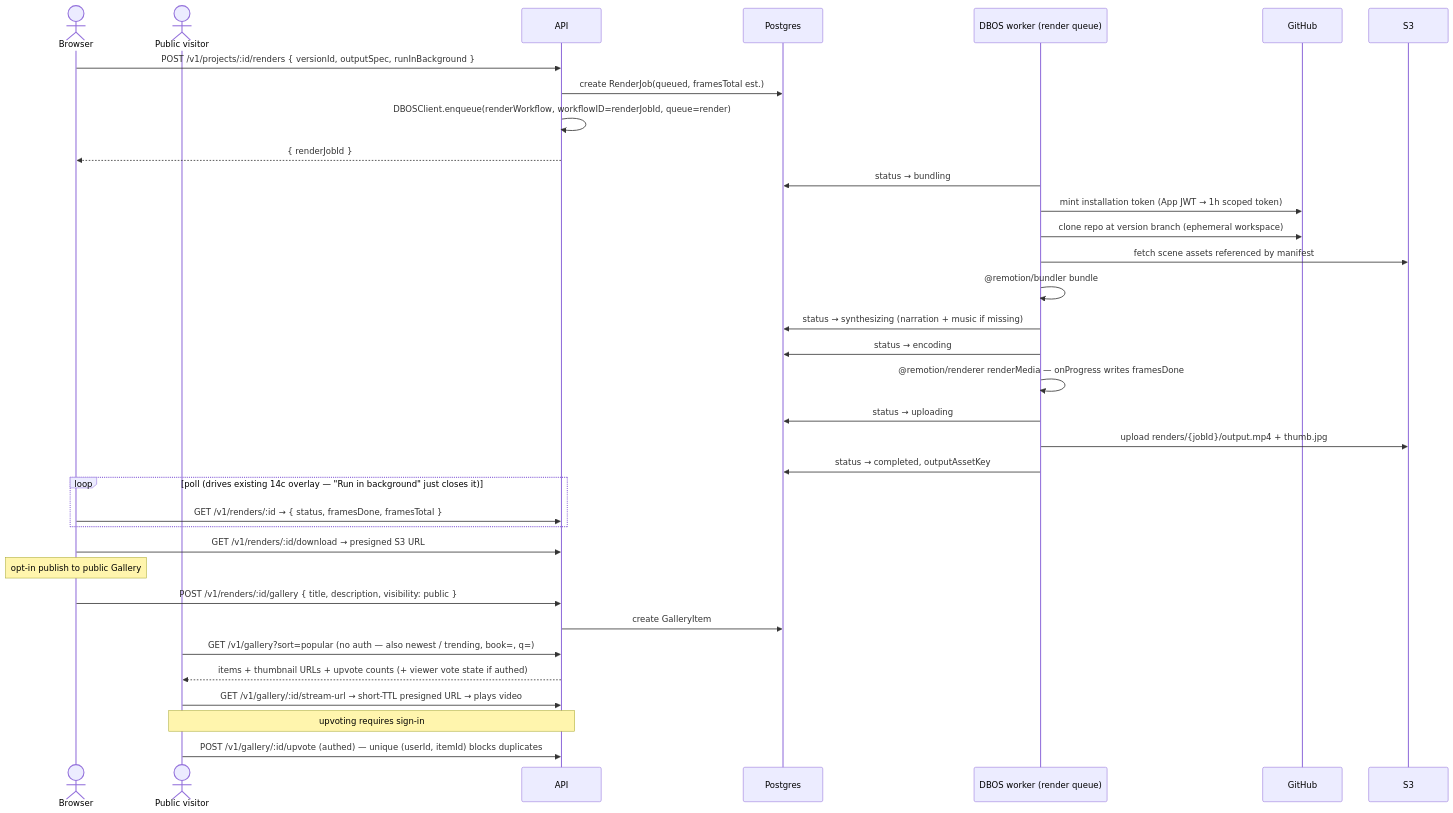
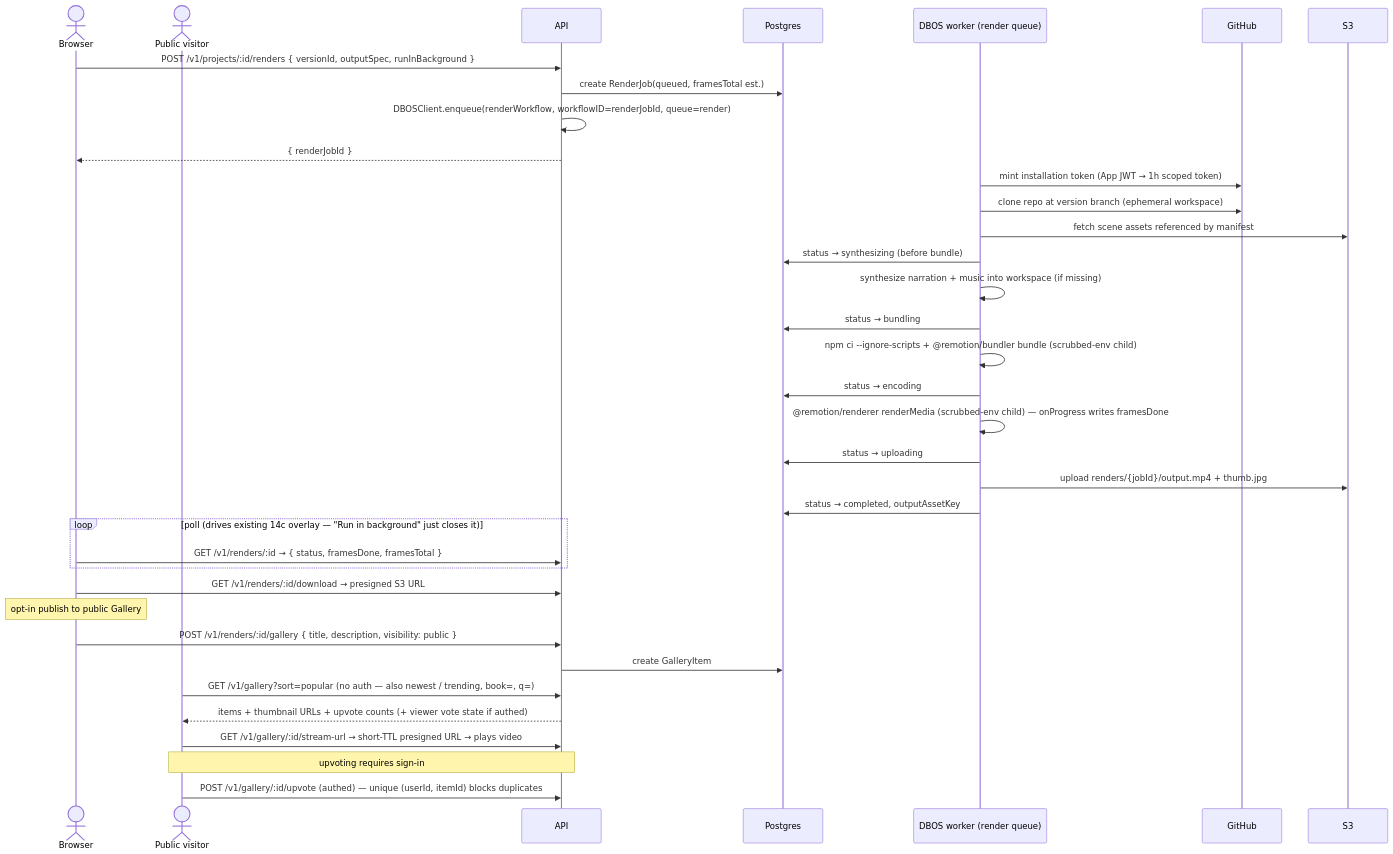
One commit to ashtable/supagloo changed the fifth of 6 diagrams in docs/design-delta.md. Above: the diagram before and after it, drawn with Mermaid. The commit also changed other lines of this file and 3 other files, not shown here.

````diff
--- a/docs/design-delta.md
+++ b/docs/design-delta.md
@@ -747,42 +812,43 @@
 ```mermaid
 sequenceDiagram
     actor U as Browser
     actor V as Public visitor
     participant A as API
     participant DB as Postgres
     participant W as DBOS worker (render queue)
     participant GH as GitHub
     participant S3 as S3
 
     U->>A: POST /v1/projects/:id/renders { versionId, outputSpec, runInBackground }
     A->>DB: create RenderJob(queued, framesTotal est.)
     A->>A: DBOSClient.enqueue(renderWorkflow, workflowID=renderJobId, queue=render)
     A-->>U: { renderJobId }
 
-    W->>DB: status → bundling
     W->>GH: mint installation token (App JWT → 1h scoped token)
     W->>GH: clone repo at version branch (ephemeral workspace)
     W->>S3: fetch scene assets referenced by manifest
-    W->>W: @remotion/bundler bundle
-    W->>DB: status → synthesizing (narration + music if missing)
+    W->>DB: status → synthesizing (before bundle)
+    W->>W: synthesize narration + music into workspace (if missing)
+    W->>DB: status → bundling
+    W->>W: npm ci --ignore-scripts + @remotion/bundler bundle (scrubbed-env child)
     W->>DB: status → encoding
-    W->>W: @remotion/renderer renderMedia — onProgress writes framesDone
+    W->>W: @remotion/renderer renderMedia (scrubbed-env child) — onProgress writes framesDone
     W->>DB: status → uploading
     W->>S3: upload renders/{jobId}/output.mp4 + thumb.jpg
     W->>DB: status → completed, outputAssetKey
 
     loop poll (drives existing 14c overlay — "Run in background" just closes it)
         U->>A: GET /v1/renders/:id → { status, framesDone, framesTotal }
     end
     U->>A: GET /v1/renders/:id/download → presigned S3 URL
 
     Note over U: opt-in publish to public Gallery
     U->>A: POST /v1/renders/:id/gallery { title, description, visibility: public }
     A->>DB: create GalleryItem
 
     V->>A: GET /v1/gallery?sort=popular (no auth — also newest / trending, book=, q=)
     A-->>V: items + thumbnail URLs + upvote counts (+ viewer vote state if authed)
     V->>A: GET /v1/gallery/:id/stream-url → short-TTL presigned URL → plays video
     Note over V,A: upvoting requires sign-in
     V->>A: POST /v1/gallery/:id/upvote (authed) — unique (userId, itemId) blocks duplicates
 ```
````
